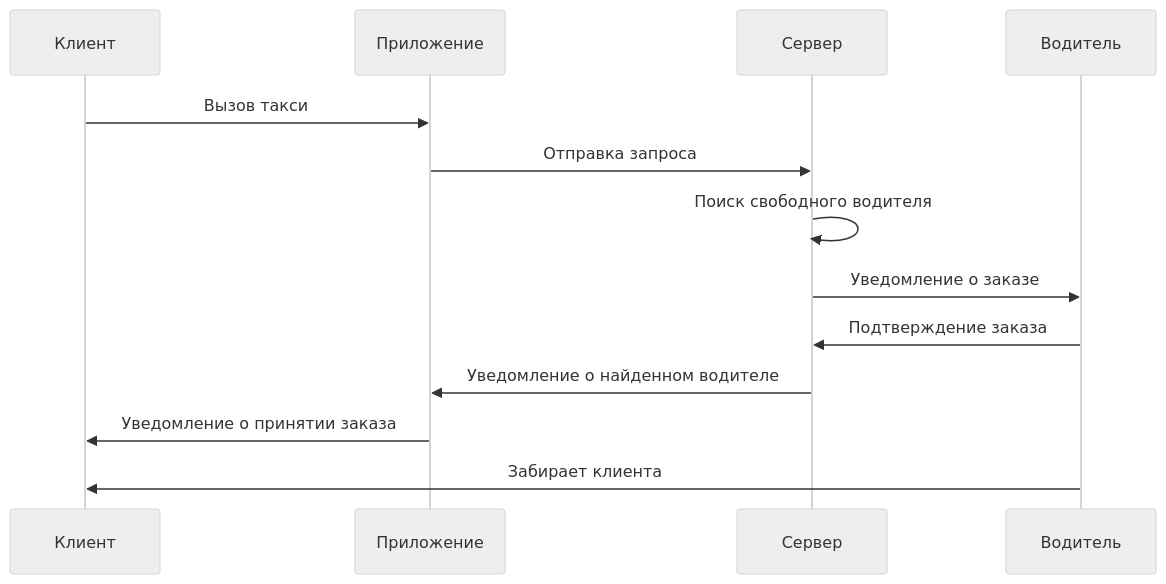
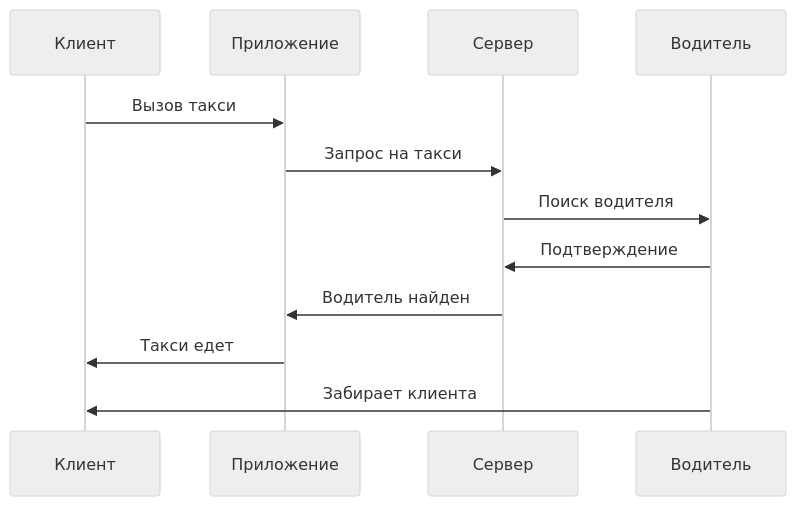
Before and after one commit to Evgeny65ok/mermaid-diagrams: the first of 9 diagrams in README.md, drawn with Mermaid (neutral theme). The commit also changed other lines of this file, not shown here.

````diff
--- a/README.md
+++ b/README.md
@@ -20,16 +17,15 @@
 ```mermaid
 sequenceDiagram
     participant Клиент
     participant Приложение
     participant Сервер
     participant Водитель
     
     Клиент->>Приложение: Вызов такси
-    Приложение->>Сервер: Отправка запроса
-    Сервер->>Сервер: Поиск свободного водителя
-    Сервер->>Водитель: Уведомление о заказе
-    Водитель->>Сервер: Подтверждение заказа
-    Сервер->>Приложение: Уведомление о найденном водителе
-    Приложение->>Клиент: Уведомление о принятии заказа
+    Приложение->>Сервер: Запрос на такси
+    Сервер->>Водитель: Поиск водителя
+    Водитель->>Сервер: Подтверждение
+    Сервер->>Приложение: Водитель найден
+    Приложение->>Клиент: Такси едет
     Водитель->>Клиент: Забирает клиента
 ```
````
